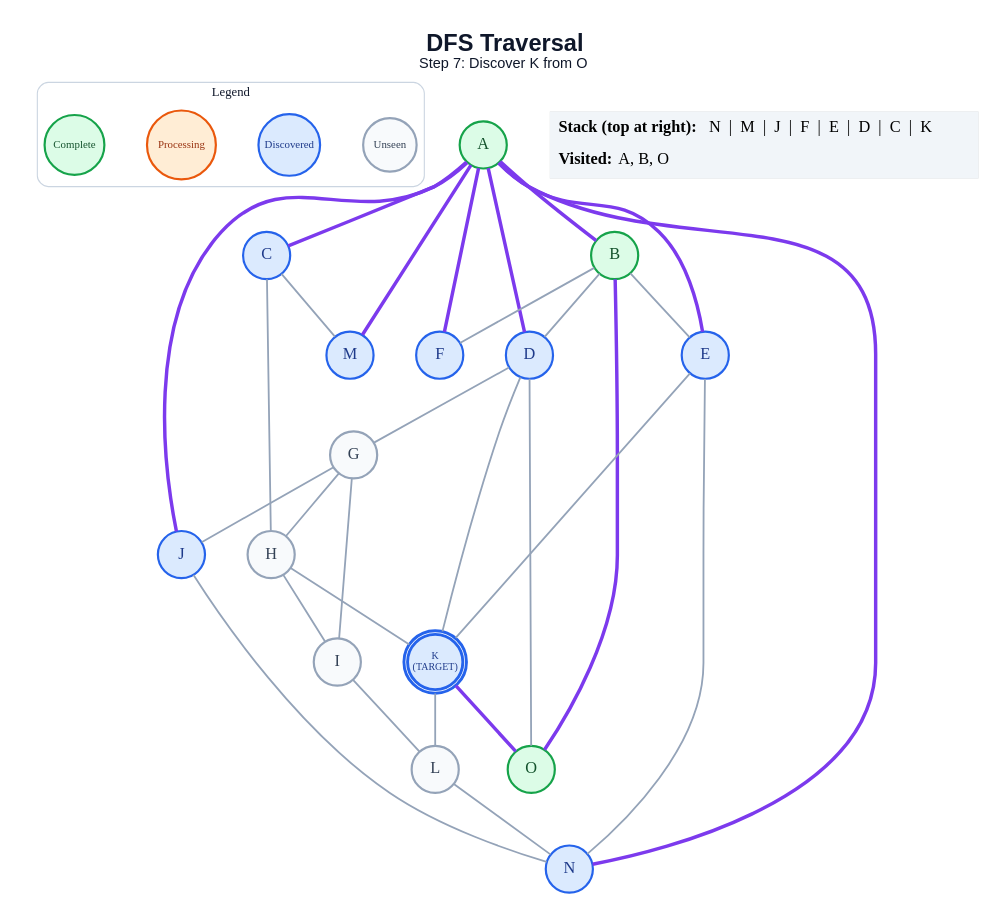
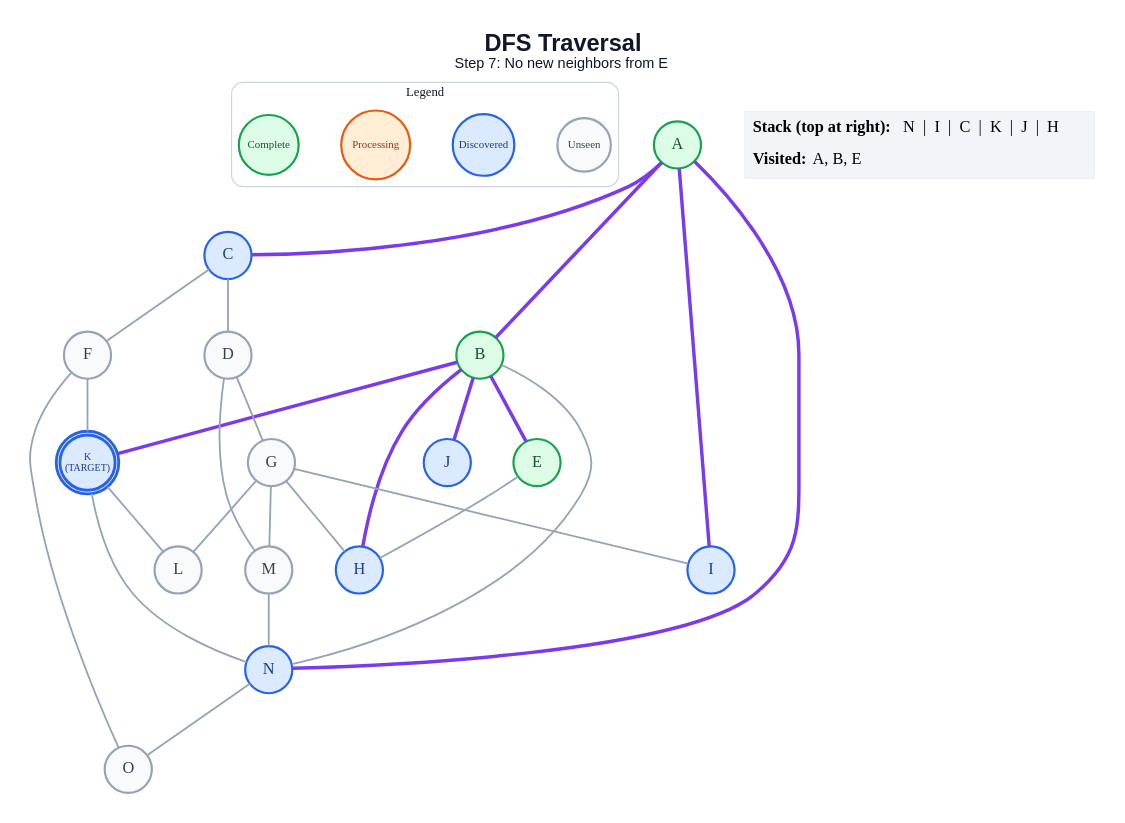
Before and after one commit to anon7238593-create/ai-slop: the diagram in generated/dfs/step_07.dot, drawn with Graphviz. The commit also changed 281 other files, not shown here.

```diff
--- a/generated/dfs/step_07.dot
+++ b/generated/dfs/step_07.dot
@@ -1,63 +1,58 @@
 graph traversal {
   graph [layout=dot, rankdir=TB, bgcolor="#FFFFFF", pad="0.35", nodesep="0.65", ranksep="0.8", fontname="Arial"];
   node [shape=circle, style="filled", fontname="Arial Bold", fontsize=18, width=0.72, fixedsize=true, penwidth=2.4];
   edge [color="#94A3B8", penwidth=2.0];
-  label=<<B>DFS Traversal</B><BR/><FONT POINT-SIZE="16">Step 7: Discover K from O</FONT>>; labelloc="t"; fontsize=26; fontname="Arial"; fontcolor="#0F172A";
+  label=<<B>DFS Traversal</B><BR/><FONT POINT-SIZE="16">Step 7: No new neighbors from E</FONT>>; labelloc="t"; fontsize=26; fontname="Arial"; fontcolor="#0F172A";
   subgraph cluster_legend { label="Legend"; color="#CBD5E1"; penwidth=1.2; style="rounded"; fontsize=14; fontname="Arial Bold";
     key_unseen [label="Unseen", fillcolor="#F8FAFC", color="#94A3B8", fontcolor="#334155", fontsize=12, width=0.82];
     key_frontier [label="Discovered", fillcolor="#DBEAFE", color="#2563EB", fontcolor="#1E3A8A", fontsize=12, width=0.95];
     key_current [label="Processing", fillcolor="#FFEDD5", color="#EA580C", fontcolor="#9A3412", fontsize=12, width=1.05];
     key_done [label="Complete", fillcolor="#DCFCE7", color="#16A34A", fontcolor="#14532D", fontsize=12, width=0.92];
     { rank=same; key_unseen; key_frontier; key_current; key_done; }
   }
   A [label="A", fillcolor="#DCFCE7", color="#16A34A", fontcolor="#14532D", peripheries=1, penwidth=2.4];
   B [label="B", fillcolor="#DCFCE7", color="#16A34A", fontcolor="#14532D", peripheries=1, penwidth=2.4];
   C [label="C", fillcolor="#DBEAFE", color="#2563EB", fontcolor="#1E3A8A", peripheries=1, penwidth=2.4];
-  D [label="D", fillcolor="#DBEAFE", color="#2563EB", fontcolor="#1E3A8A", peripheries=1, penwidth=2.4];
-  E [label="E", fillcolor="#DBEAFE", color="#2563EB", fontcolor="#1E3A8A", peripheries=1, penwidth=2.4];
-  F [label="F", fillcolor="#DBEAFE", color="#2563EB", fontcolor="#1E3A8A", peripheries=1, penwidth=2.4];
+  D [label="D", fillcolor="#F8FAFC", color="#94A3B8", fontcolor="#334155", peripheries=1, penwidth=2.4];
+  E [label="E", fillcolor="#DCFCE7", color="#16A34A", fontcolor="#14532D", peripheries=1, penwidth=2.4];
+  F [label="F", fillcolor="#F8FAFC", color="#94A3B8", fontcolor="#334155", peripheries=1, penwidth=2.4];
   G [label="G", fillcolor="#F8FAFC", color="#94A3B8", fontcolor="#334155", peripheries=1, penwidth=2.4];
-  H [label="H", fillcolor="#F8FAFC", color="#94A3B8", fontcolor="#334155", peripheries=1, penwidth=2.4];
-  I [label="I", fillcolor="#F8FAFC", color="#94A3B8", fontcolor="#334155", peripheries=1, penwidth=2.4];
+  H [label="H", fillcolor="#DBEAFE", color="#2563EB", fontcolor="#1E3A8A", peripheries=1, penwidth=2.4];
+  I [label="I", fillcolor="#DBEAFE", color="#2563EB", fontcolor="#1E3A8A", peripheries=1, penwidth=2.4];
   J [label="J", fillcolor="#DBEAFE", color="#2563EB", fontcolor="#1E3A8A", peripheries=1, penwidth=2.4];
   K [label="K\n(TARGET)", fillcolor="#DBEAFE", color="#2563EB", fontcolor="#1E3A8A", peripheries=2, penwidth=3.2, fontsize=11, width=0.85, height=0.85];
   L [label="L", fillcolor="#F8FAFC", color="#94A3B8", fontcolor="#334155", peripheries=1, penwidth=2.4];
-  M [label="M", fillcolor="#DBEAFE", color="#2563EB", fontcolor="#1E3A8A", peripheries=1, penwidth=2.4];
+  M [label="M", fillcolor="#F8FAFC", color="#94A3B8", fontcolor="#334155", peripheries=1, penwidth=2.4];
   N [label="N", fillcolor="#DBEAFE", color="#2563EB", fontcolor="#1E3A8A", peripheries=1, penwidth=2.4];
-  O [label="O", fillcolor="#DCFCE7", color="#16A34A", fontcolor="#14532D", peripheries=1, penwidth=2.4];
+  O [label="O", fillcolor="#F8FAFC", color="#94A3B8", fontcolor="#334155", peripheries=1, penwidth=2.4];
   A -- B [color="#7C3AED", penwidth=3.8];
   A -- C [color="#7C3AED", penwidth=3.8];
-  A -- D [color="#7C3AED", penwidth=3.8];
-  A -- E [color="#7C3AED", penwidth=3.8];
-  A -- F [color="#7C3AED", penwidth=3.8];
-  A -- J [color="#7C3AED", penwidth=3.8];
-  A -- M [color="#7C3AED", penwidth=3.8];
+  A -- I [color="#7C3AED", penwidth=3.8];
   A -- N [color="#7C3AED", penwidth=3.8];
-  B -- D;
-  B -- E;
-  B -- F;
-  B -- O [color="#7C3AED", penwidth=3.8];
-  C -- H;
-  C -- M;
+  B -- E [color="#7C3AED", penwidth=3.8];
+  B -- H [color="#7C3AED", penwidth=3.8];
+  B -- J [color="#7C3AED", penwidth=3.8];
+  B -- K [color="#7C3AED", penwidth=3.8];
+  B -- N;
+  C -- D;
+  C -- F;
   D -- G;
-  D -- K;
-  D -- O;
-  E -- K;
-  E -- N;
+  D -- M;
+  E -- H;
+  F -- K;
+  F -- O;
   G -- H;
   G -- I;
-  G -- J;
-  H -- I;
-  H -- K;
-  I -- L;
-  J -- N;
+  G -- L;
+  G -- M;
   K -- L;
-  K -- O [color="#7C3AED", penwidth=3.8];
-  L -- N;
+  K -- N;
+  M -- N;
+  N -- O;
   status [shape=plain, fixedsize=false, width=0, height=0, margin=0, label=<
     <TABLE BORDER="0" CELLBORDER="0" CELLPADDING="7" BGCOLOR="#F1F5F9">
-      <TR><TD ALIGN="LEFT"><B>Stack (top at right):</B> N  |  M  |  J  |  F  |  E  |  D  |  C  |  K</TD></TR>
-      <TR><TD ALIGN="LEFT"><B>Visited:</B> A, B, O</TD></TR>
+      <TR><TD ALIGN="LEFT"><B>Stack (top at right):</B> N  |  I  |  C  |  K  |  J  |  H</TD></TR>
+      <TR><TD ALIGN="LEFT"><B>Visited:</B> A, B, E</TD></TR>
     </TABLE>
   >];
 }
```
